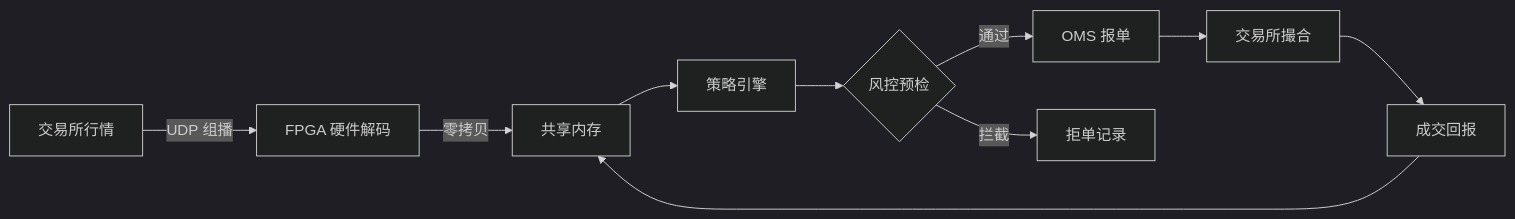
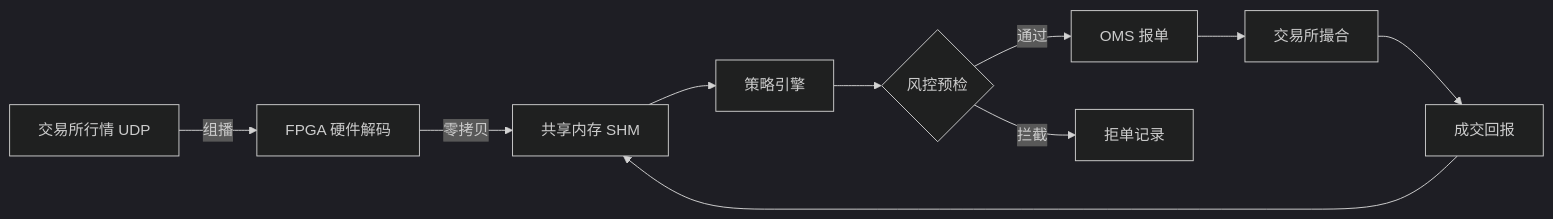
The third of 3 diagrams in topic-application-architecture/25-quantitative-trading.md (kudig-io/kudig-database), drawn with Mermaid (dark theme) before and after one commit. The commit also changed other lines of this file and 8633 other files, not shown here.

````diff
--- a/topic-application-architecture/25-quantitative-trading.md
+++ b/topic-application-architecture/25-quantitative-trading.md
@@ -233,12 +210,12 @@
 ```mermaid
 flowchart LR
-    A[交易所行情] -->|UDP 组播| B[FPGA 硬件解码]
-    B -->|零拷贝| C[共享内存]
-    C --> D[策略引擎]
-    D --> E{风控预检}
-    E -->|通过| F[OMS 报单]
-    E -->|拦截| G[拒单记录]
-    F --> H[交易所撮合]
-    H --> I[成交回报]
+    A["交易所行情 UDP"] -->|组播| B["FPGA 硬件解码"]
+    B -->|零拷贝| C["共享内存 SHM"]
+    C --> D["策略引擎"]
+    D --> E{"风控预检"}
+    E -->|通过| F["OMS 报单"]
+    E -->|拦截| G["拒单记录"]
+    F --> H["交易所撮合"]
+    H --> I["成交回报"]
     I --> C
 ```
````
